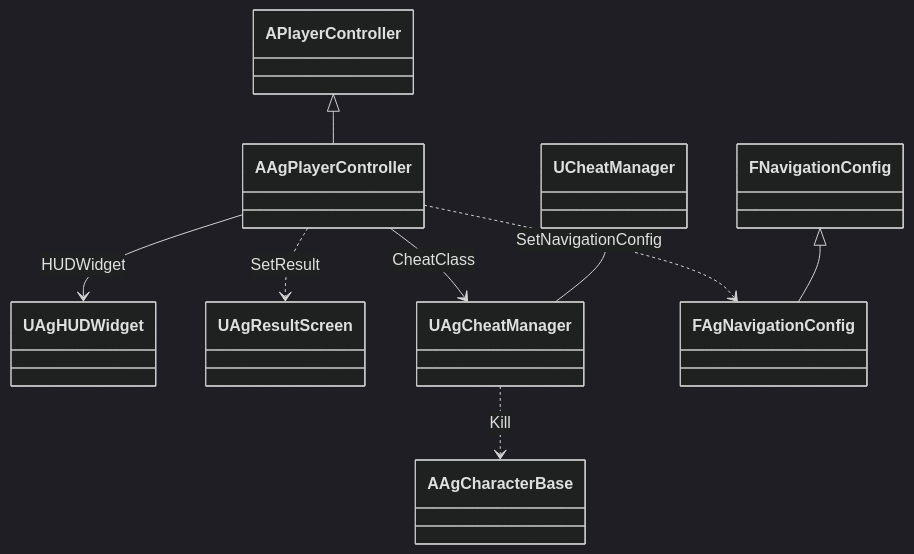
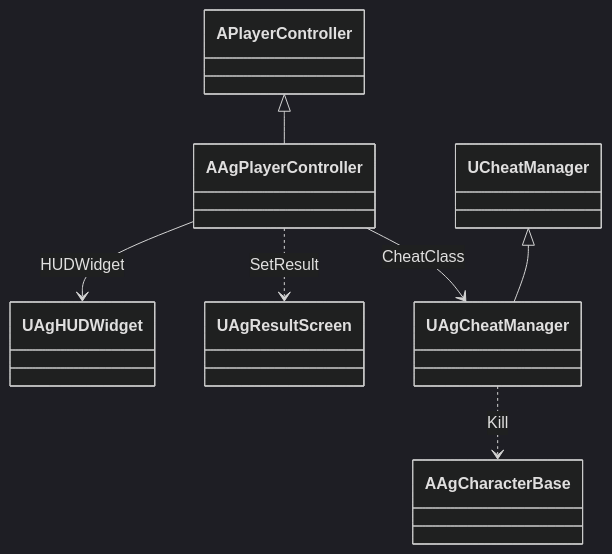
One commit to Woogl/Ag changed diagram 14 of 20 in Docs/Program/클래스 구조도.md. Above: the diagram before and after it, drawn with Mermaid (dark theme). The commit also changed other lines of this file and 7 other files, not shown here.

````diff
--- a/Docs/Program/클래스 구조도.md
+++ b/Docs/Program/클래스 구조도.md
@@ -534,12 +534,10 @@
 ```mermaid
 classDiagram
     direction TB
     APlayerController <|-- AAgPlayerController
     AAgPlayerController --> UAgHUDWidget : HUDWidget
     AAgPlayerController ..> UAgResultScreen : SetResult
     AAgPlayerController --> UAgCheatManager : CheatClass
     UCheatManager <|-- UAgCheatManager
     UAgCheatManager ..> AAgCharacterBase : Kill
-    AAgPlayerController ..> FAgNavigationConfig : SetNavigationConfig
-    FNavigationConfig <|-- FAgNavigationConfig
 ```
````
